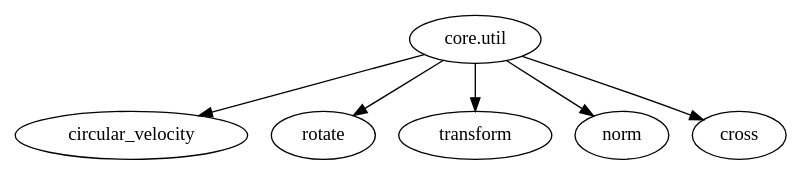
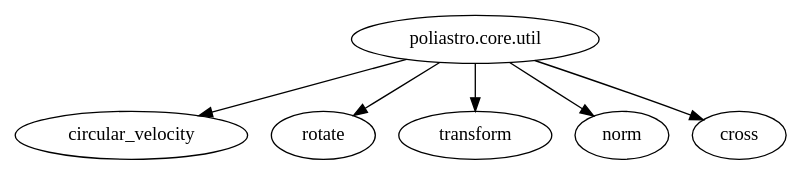
Before and after one commit to poliastro/poliastro: the diagram in docs/source/api/core/util.rst, drawn with Graphviz. The commit also changed other lines of this file and 10 other files, not shown here.

First line of the commit message:
Corrected graphviz errors

```diff
--- a/docs/source/api/core/util.rst
+++ b/docs/source/api/core/util.rst
@@ -6,5 +4,5 @@
 .. graphviz::
 
    digraph {
-      "core.util" -> "circular_velocity", "rotate", "transform", "norm", "cross" ;
+      "poliastro.core.util" -> "circular_velocity", "rotate", "transform", "norm", "cross" ;
    }
```
